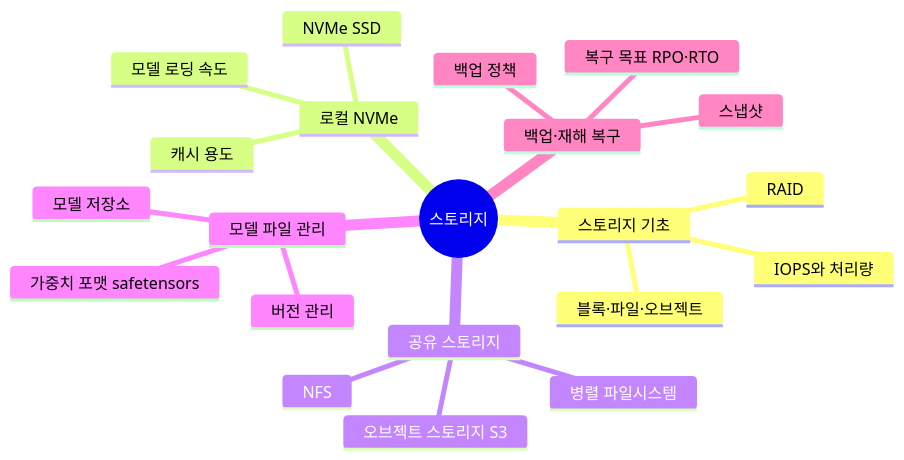
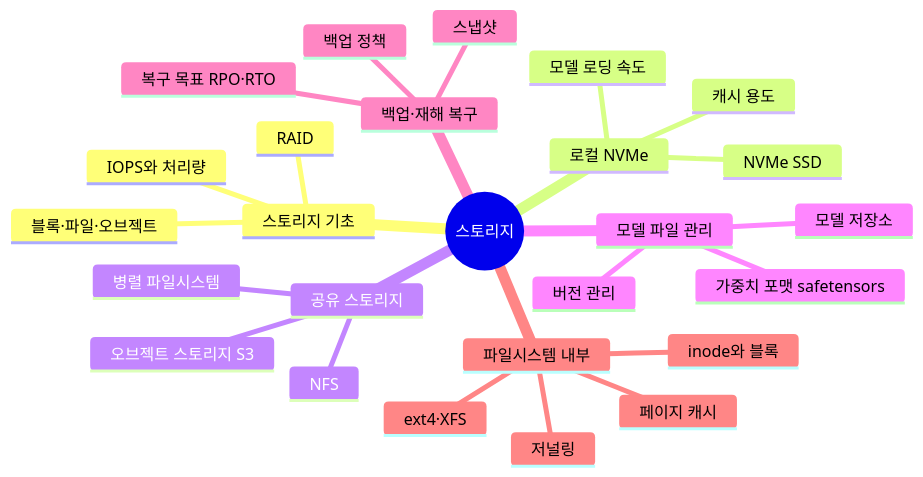
One commit to leejw1212/AIKnowledge changed the diagram in 03-storage/README.md. Above: the diagram before and after it, drawn with Mermaid. The commit also changed other lines of this file and 80 other files, not shown here.

````diff
--- a/03-storage/README.md
+++ b/03-storage/README.md
@@ -9,24 +9,29 @@
 ```mermaid
 mindmap
   root((스토리지))
     스토리지 기초
       블록·파일·오브젝트
       IOPS와 처리량
       RAID
     로컬 NVMe
       NVMe SSD
       모델 로딩 속도
       캐시 용도
     공유 스토리지
       NFS
       병렬 파일시스템
       오브젝트 스토리지 S3
     모델 파일 관리
       가중치 포맷 safetensors
       모델 저장소
       버전 관리
     백업·재해 복구
       백업 정책
       스냅샷
       복구 목표 RPO·RTO
+    파일시스템 내부
+      inode와 블록
+      페이지 캐시
+      저널링
+      ext4·XFS
 ```
````
